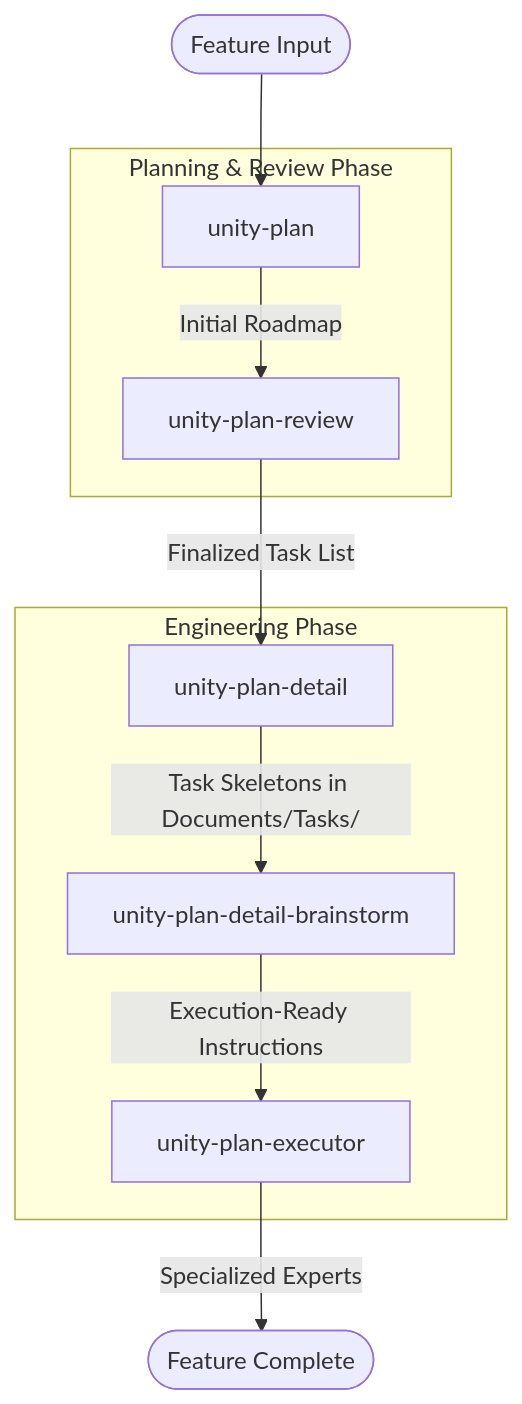
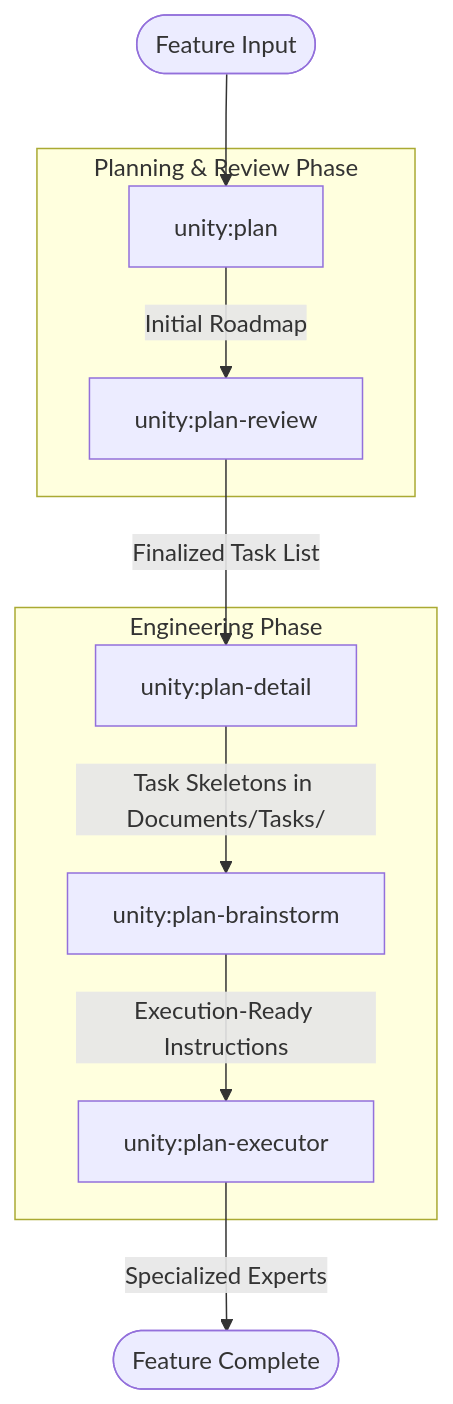
The diagram in README.md (cuozg/oh-my-unity), drawn with Mermaid before and after one commit. The commit also changed other lines of this file and 26 other files, not shown here.

````diff
--- a/README.md
+++ b/README.md
@@ -39,20 +39,20 @@
 ```mermaid
 graph TD
-    Input([Feature Input]) --> Plan[unity-plan]
-    Plan -->|Initial Roadmap| Review[unity-plan-review]
-    Review -->|Finalized Task List| Detail[unity-plan-detail]
-    Detail -->|Task Skeletons in Documents/Tasks/| Brainstorm[unity-plan-detail-brainstorm]
-    Brainstorm -->|Execution-Ready Instructions| Executor[unity-plan-executor]
+    Input([Feature Input]) --> Plan[unity:plan]
+    Plan -->|Initial Roadmap| Review[unity:plan-review]
+    Review -->|Finalized Task List| Detail[unity:plan-detail]
+    Detail -->|Task Skeletons in Documents/Tasks/| Brainstorm[unity:plan-brainstorm]
+    Brainstorm -->|Execution-Ready Instructions| Executor[unity:plan-executor]
     Executor -->|Specialized Experts| Done([Feature Complete])
 
     subgraph "Planning & Review Phase"
     Plan
     Review
     end
 
     subgraph "Engineering Phase"
     Detail
     Brainstorm
     Executor
     end
 ```
````
